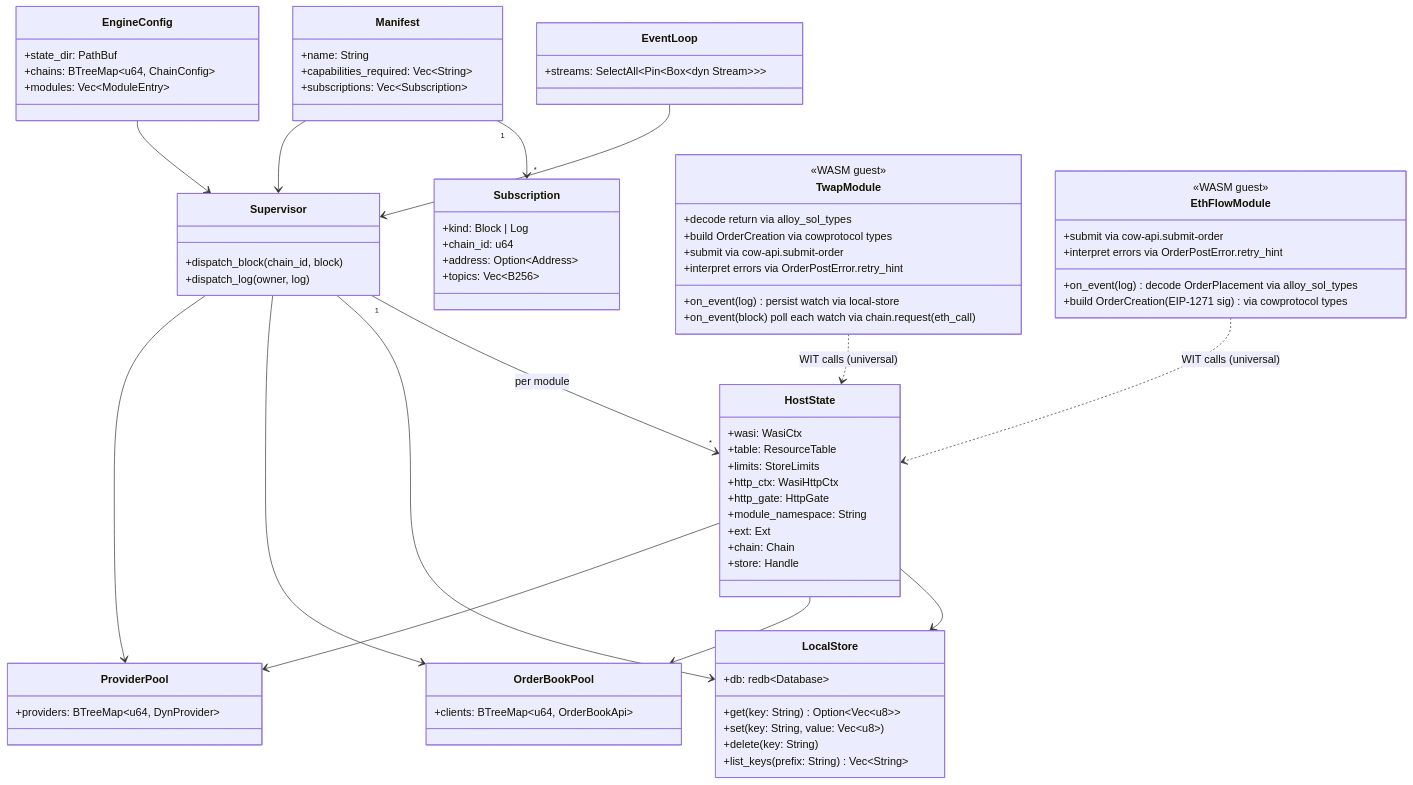
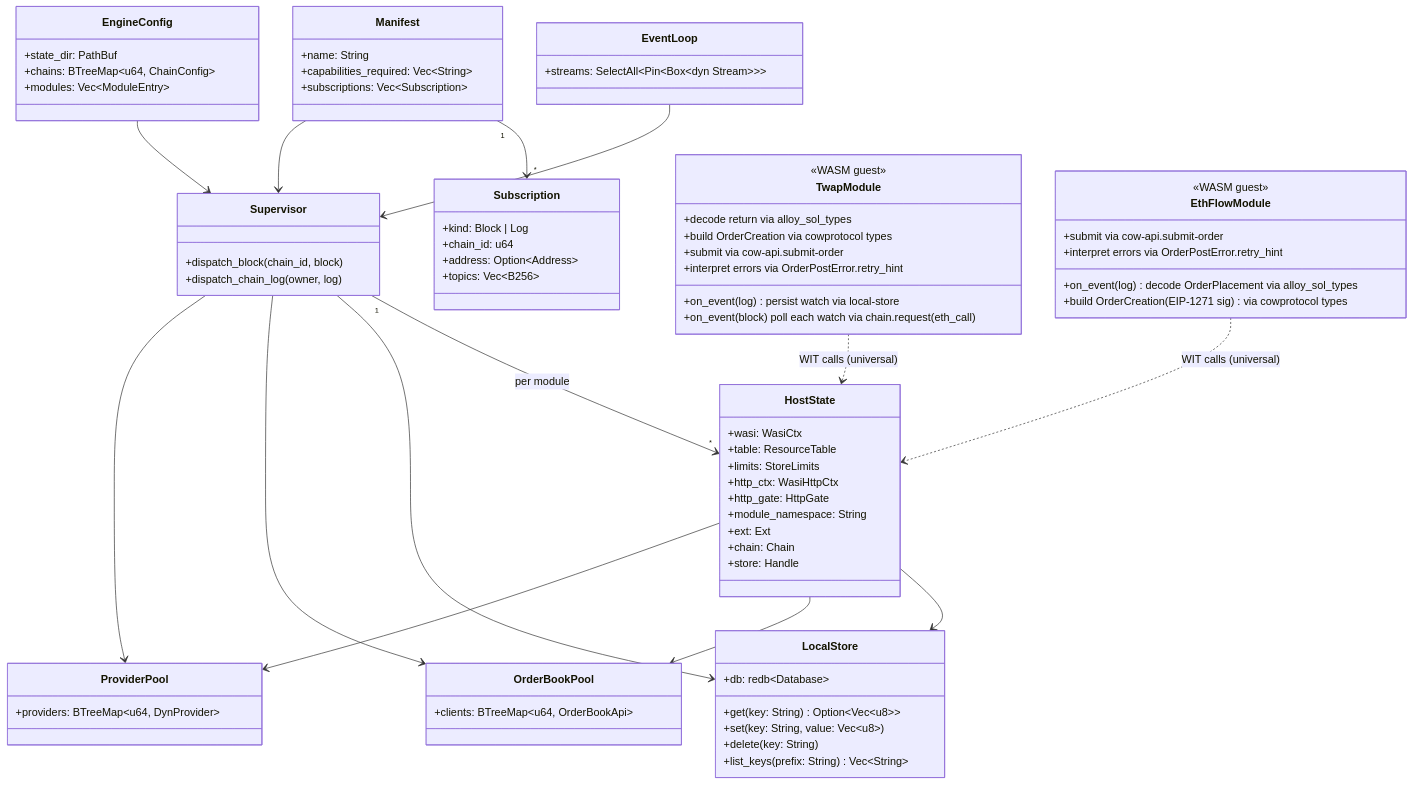
Before and after one commit to nullislabs/shepherd: the second of 8 diagrams in docs/diagrams/diagrams.md, drawn with Mermaid. The commit also changed other lines of this file and 42 other files, not shown here.

First line of the commit message:
refactor(events): rename the eth log event to chain-log (#185)

````diff
--- a/docs/diagrams/diagrams.md
+++ b/docs/diagrams/diagrams.md
@@ -59,80 +59,80 @@
 ```mermaid
 classDiagram
     class EngineConfig {
         +state_dir: PathBuf
         +chains: BTreeMap~u64, ChainConfig~
         +modules: Vec~ModuleEntry~
     }
     class Manifest {
         +name: String
         +capabilities_required: Vec~String~
         +subscriptions: Vec~Subscription~
     }
     class Subscription {
         +kind: Block | Log
         +chain_id: u64
         +address: Option~Address~
         +topics: Vec~B256~
     }
     class Supervisor {
         +dispatch_block(chain_id, block)
-        +dispatch_log(owner, log)
+        +dispatch_chain_log(owner, log)
     }
     class ProviderPool {
         +providers: BTreeMap~u64, DynProvider~
     }
     class OrderBookPool {
         +clients: BTreeMap~u64, OrderBookApi~
     }
     class LocalStore {
         +db: redb~Database~
         +get(key: String) Option~Vec~u8~~
         +set(key: String, value: Vec~u8~)
         +delete(key: String)
         +list_keys(prefix: String) Vec~String~
     }
     class HostState {
         +wasi: WasiCtx
         +table: ResourceTable
         +limits: StoreLimits
         +http_ctx: WasiHttpCtx
         +http_gate: HttpGate
         +module_namespace: String
         +ext: Ext
         +chain: Chain
         +store: Handle
     }
     class EventLoop {
         +streams: SelectAll~Pin~Box~dyn Stream~~~
     }
     class TwapModule {
         <<WASM guest>>
         +on_event(log) persist watch via local-store
         +on_event(block) poll each watch via chain.request(eth_call)
         +decode return via alloy_sol_types
         +build OrderCreation via cowprotocol types
         +submit via cow-api.submit-order
         +interpret errors via OrderPostError.retry_hint
     }
     class EthFlowModule {
         <<WASM guest>>
         +on_event(log) decode OrderPlacement via alloy_sol_types
         +build OrderCreation (EIP-1271 sig) via cowprotocol types
         +submit via cow-api.submit-order
         +interpret errors via OrderPostError.retry_hint
     }
 
     EngineConfig --> Supervisor
     Manifest --> Supervisor
     Manifest "1" --> "*" Subscription
     Supervisor --> ProviderPool
     Supervisor --> OrderBookPool
     Supervisor --> LocalStore
     Supervisor "1" --> "*" HostState : per module
     HostState --> ProviderPool
     HostState --> OrderBookPool
     HostState --> LocalStore
     EventLoop --> Supervisor
     TwapModule ..> HostState : WIT calls (universal)
     EthFlowModule ..> HostState : WIT calls (universal)
 ```
````
